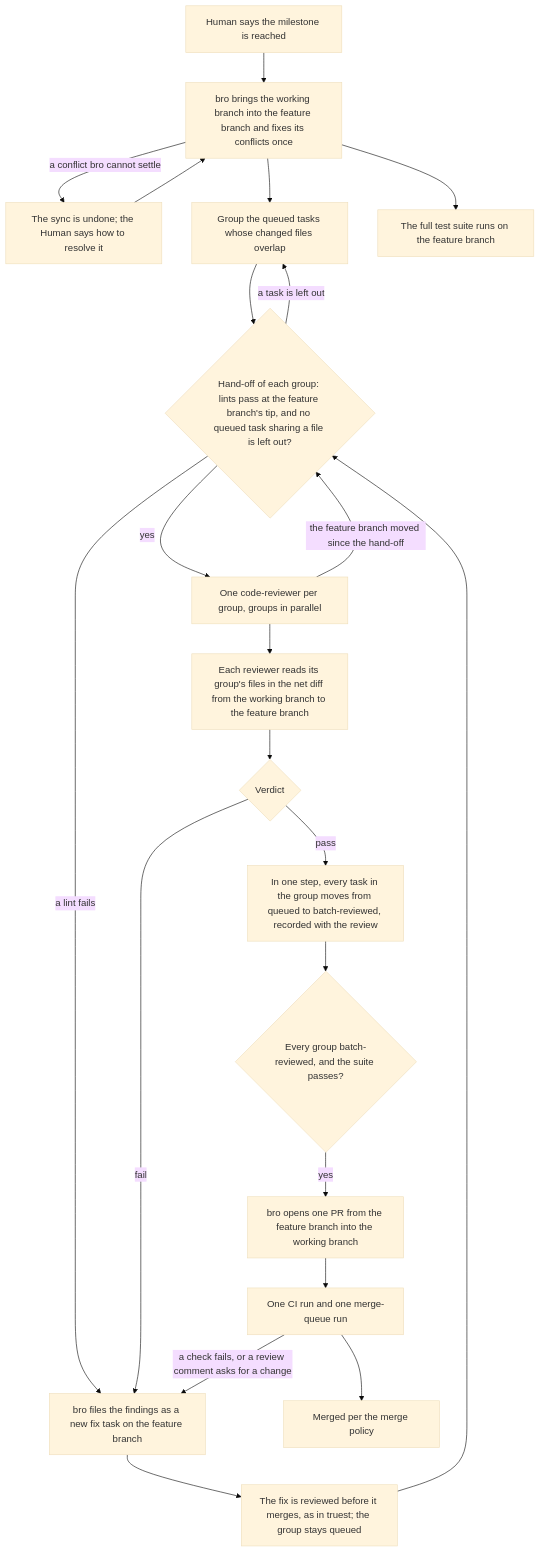
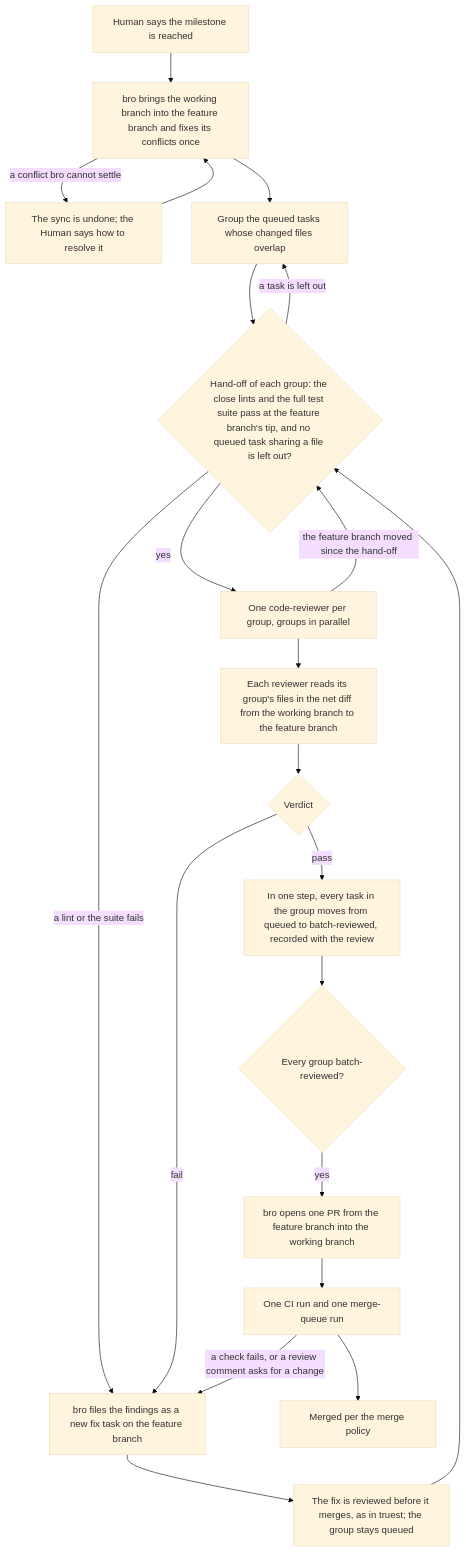
Before and after one commit to trustmybot/plugin: the sixth of 8 diagrams in docs/architecture/AGILE.md, drawn with Mermaid (base theme). The commit also changed other lines of this file and 1 other file, not shown here.

First line of the commit message:
📝 docs(agile): the hand-off runs the full suite; a task is queued at its close (GH 2225)

````diff
--- a/docs/architecture/AGILE.md
+++ b/docs/architecture/AGILE.md
@@ -143,24 +143,23 @@
 ```mermaid
 flowchart TD
     A[Human says the milestone is reached] --> B[bro brings the working branch into the feature branch and fixes its conflicts once]
     B -- a conflict bro cannot settle --> BH[The sync is undone; the Human says how to resolve it]
     BH --> B
     B --> C[Group the queued tasks whose changed files overlap]
-    C --> HO{Hand-off of each group: lints pass at the feature branch's tip, and no queued task sharing a file is left out?}
+    C --> HO{Hand-off of each group: the close lints and the full test suite pass at the feature branch's tip, and no queued task sharing a file is left out?}
     HO -- a task is left out --> C
-    HO -- a lint fails --> H
+    HO -- a lint or the suite fails --> H
     HO -- yes --> D[One code-reviewer per group, groups in parallel]
     D -- the feature branch moved since the hand-off --> HO
     D --> E[Each reviewer reads its group's files in the net diff from the working branch to the feature branch]
-    B --> S[The full test suite runs on the feature branch]
     E --> F{Verdict}
     F -- pass --> G[In one step, every task in the group moves from queued to batch-reviewed, recorded with the review]
     F -- fail --> H[bro files the findings as a new fix task on the feature branch]
     H --> I[The fix is reviewed before it merges, as in truest; the group stays queued]
     I --> HO
-    G --> M{Every group batch-reviewed, and the suite passes?}
+    G --> M{Every group batch-reviewed?}
     M -- yes --> P[bro opens one PR from the feature branch into the working branch]
     P --> CI[One CI run and one merge-queue run]
     CI --> MG[Merged per the merge policy]
     CI -- a check fails, or a review comment asks for a change --> H
 ```
````
